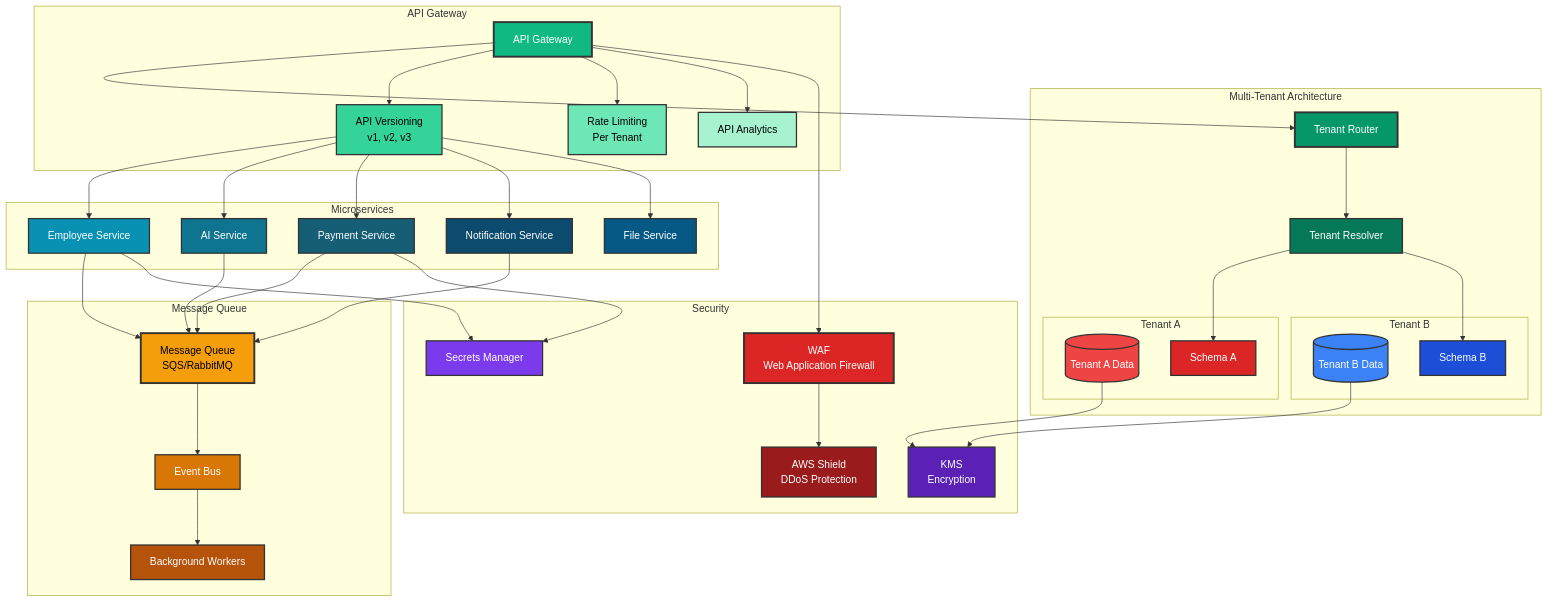
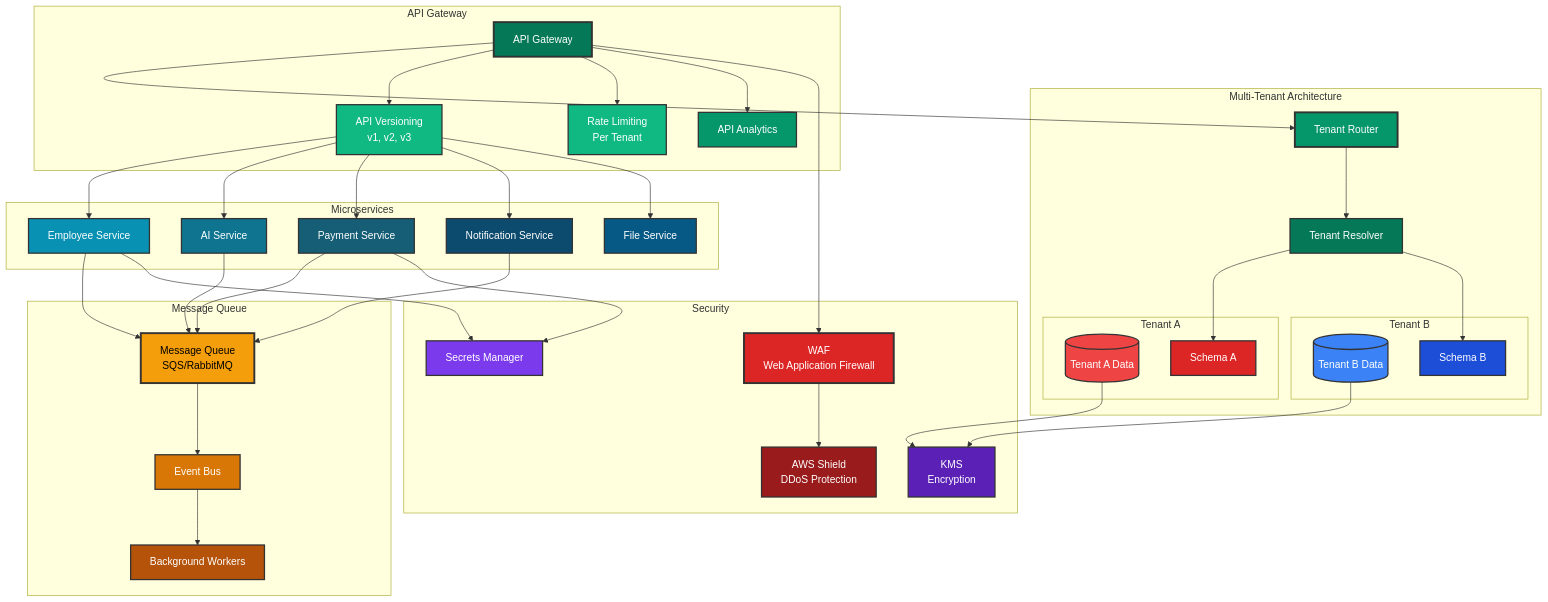
Diagram 13 of 15 in documentation/00-ARCHITECTURE.md (inskillflow/awsbedrock-demo-1-inmemory), drawn with Mermaid before and after one commit. The commit also changed other lines of this file, not shown here.

First line of the commit message:
fix: correction du contraste texte/fond dans les diagrammes

```diff
--- a/documentation/00-ARCHITECTURE.md
+++ b/documentation/00-ARCHITECTURE.md
@@ -951,10 +951,10 @@
     style TenantB_Schema fill:#1D4ED8,stroke:#333,stroke-width:2px,color:#fff
     style TenantRouter fill:#059669,stroke:#333,stroke-width:3px,color:#fff
     style TenantResolver fill:#047857,stroke:#333,stroke-width:2px,color:#fff
-    style Gateway fill:#10B981,stroke:#333,stroke-width:3px,color:#fff
-    style Versioning fill:#34D399,stroke:#333,stroke-width:2px,color:#000
-    style RateLimit fill:#6EE7B7,stroke:#333,stroke-width:2px,color:#000
-    style Analytics fill:#A7F3D0,stroke:#333,stroke-width:2px,color:#000
+    style Gateway fill:#047857,stroke:#333,stroke-width:3px,color:#fff
+    style Versioning fill:#10B981,stroke:#333,stroke-width:2px,color:#fff
+    style RateLimit fill:#10B981,stroke:#333,stroke-width:2px,color:#fff
+    style Analytics fill:#059669,stroke:#333,stroke-width:2px,color:#fff
     style EmployeeService fill:#0891B2,stroke:#333,stroke-width:2px,color:#fff
     style AIService fill:#0E7490,stroke:#333,stroke-width:2px,color:#fff
     style PaymentService fill:#155E75,stroke:#333,stroke-width:2px,color:#fff
```
